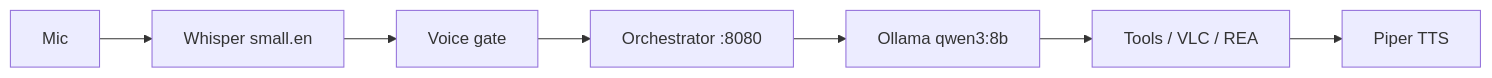
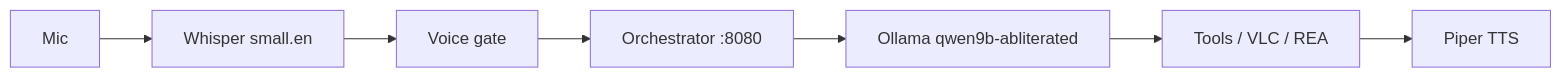
Before and after one commit to basementjarvisunleashed-a11y/jarvis-estate: the diagram in local-jarvis/README.md, drawn with Mermaid. The commit also changed other lines of this file and 21 other files, not shown here.

````diff
--- a/local-jarvis/README.md
+++ b/local-jarvis/README.md
@@ -32,9 +32,9 @@
 ```mermaid
 flowchart LR
     mic[Mic] --> whisper[Whisper small.en]
     whisper --> gate[Voice gate]
     gate --> orch["Orchestrator :8080"]
-    orch --> ollama["Ollama qwen3:8b"]
+    orch --> ollama["Ollama qwen9b-abliterated"]
     ollama --> tools["Tools / VLC / REA"]
     tools --> piper["Piper TTS"]
 ```
````
